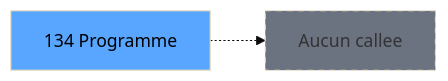
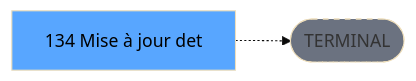
One commit to thonyAGP/lecteur-magic changed the third of 3 diagrams in .openspec/specs/ADH-IDE-134.md. Above: the diagram before and after it, drawn with Mermaid (base theme). The commit also changed other lines of this file and 701 other files, not shown here.

````diff
--- a/.openspec/specs/ADH-IDE-134.md
+++ b/.openspec/specs/ADH-IDE-134.md
@@ -166,8 +143,8 @@
 ```mermaid
 graph LR
-    T[134 Programme]
-    NONE[Aucun callee]
-    T -.-> NONE
+    T[134 Mise à jour det]
+    TERM([TERMINAL])
+    T -.-> TERM
+    style TERM fill:#6b7280,stroke-dasharray: 5 5
     style T fill:#58a6ff,color:#000
-    style NONE fill:#6b7280,stroke-dasharray: 5 5
 ```
````
